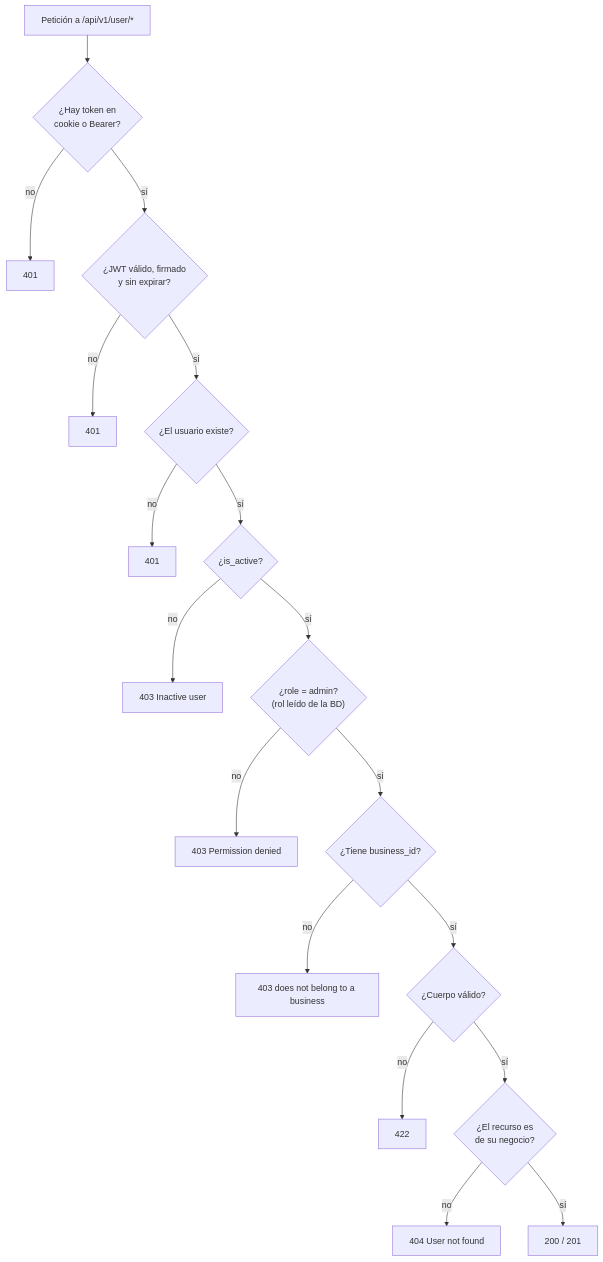
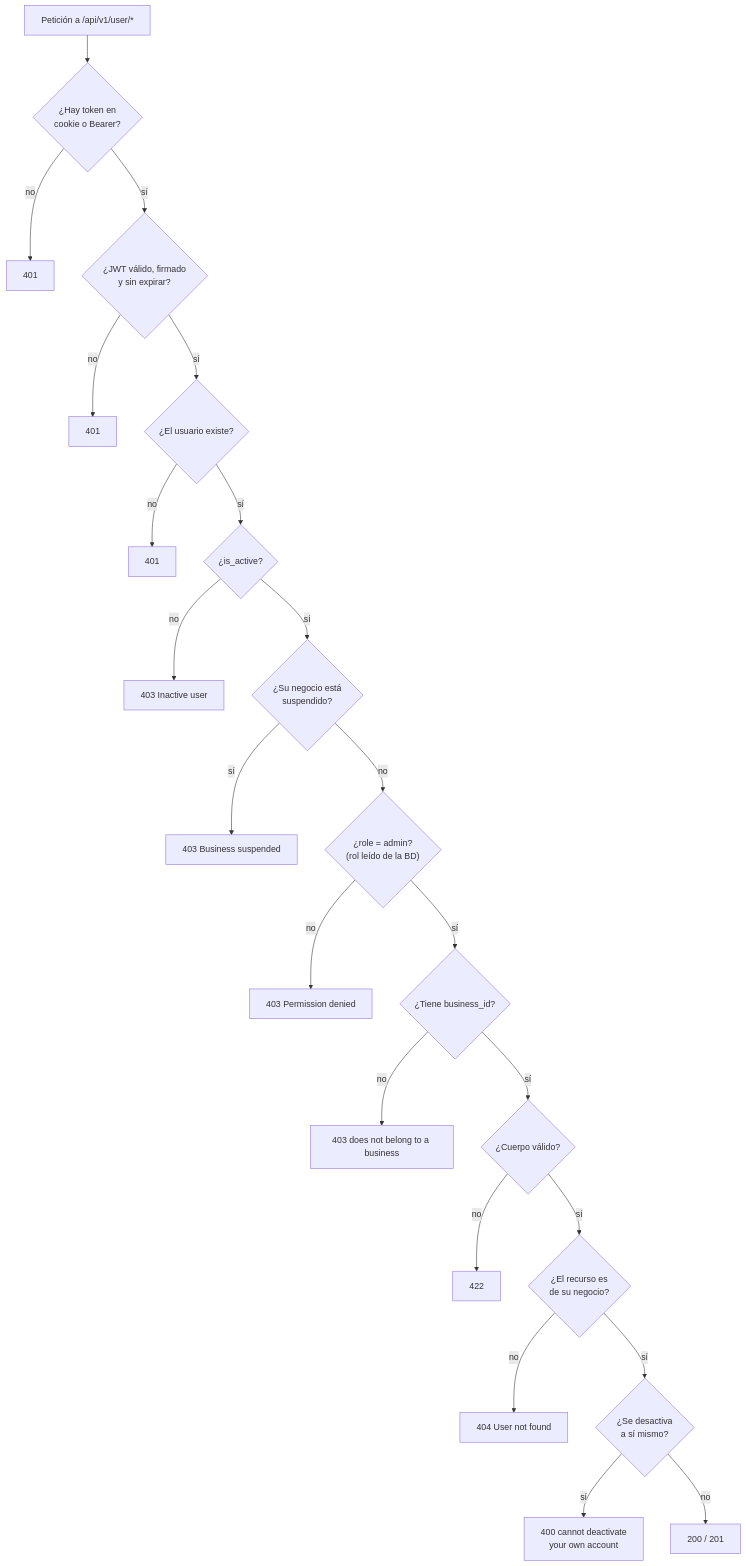
Before and after one commit to AGA-Studio/Member-Web: the third of 8 diagrams in docs/TESTING.md, drawn with Mermaid. The commit also changed other lines of this file, not shown here.

````diff
--- a/docs/TESTING.md
+++ b/docs/TESTING.md
@@ -148,20 +151,24 @@
 ```mermaid
 flowchart TD
     REQ["Petición a /api/v1/user/*"] --> T{"¿Hay token en<br/>cookie o Bearer?"}
     T -- no --> E401a["401"]
     T -- sí --> V{"¿JWT válido, firmado<br/>y sin expirar?"}
     V -- no --> E401b["401"]
     V -- sí --> U{"¿El usuario existe?"}
     U -- no --> E401c["401"]
     U -- sí --> ACT{"¿is_active?"}
     ACT -- no --> E403a["403 Inactive user"]
-    ACT -- sí --> R{"¿role = admin?<br/>(rol leído de la BD)"}
+    ACT -- sí --> SUS{"¿Su negocio está<br/>suspendido?"}
+    SUS -- sí --> E403s["403 Business suspended"]
+    SUS -- no --> R{"¿role = admin?<br/>(rol leído de la BD)"}
     R -- no --> E403b["403 Permission denied"]
     R -- sí --> B{"¿Tiene business_id?"}
     B -- no --> E403c["403 does not belong to a business"]
     B -- sí --> BODY{"¿Cuerpo válido?"}
     BODY -- no --> E422["422"]
     BODY -- sí --> OWN{"¿El recurso es<br/>de su negocio?"}
     OWN -- no --> E404["404 User not found"]
-    OWN -- sí --> OK["200 / 201"]
+    OWN -- sí --> SELF{"¿Se desactiva<br/>a sí mismo?"}
+    SELF -- sí --> E400["400 cannot deactivate<br/>your own account"]
+    SELF -- no --> OK["200 / 201"]
 ```
````
